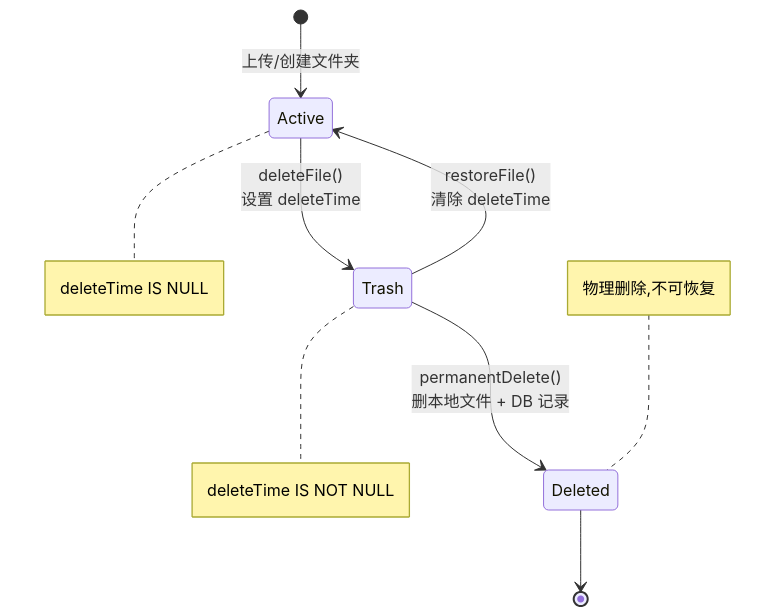
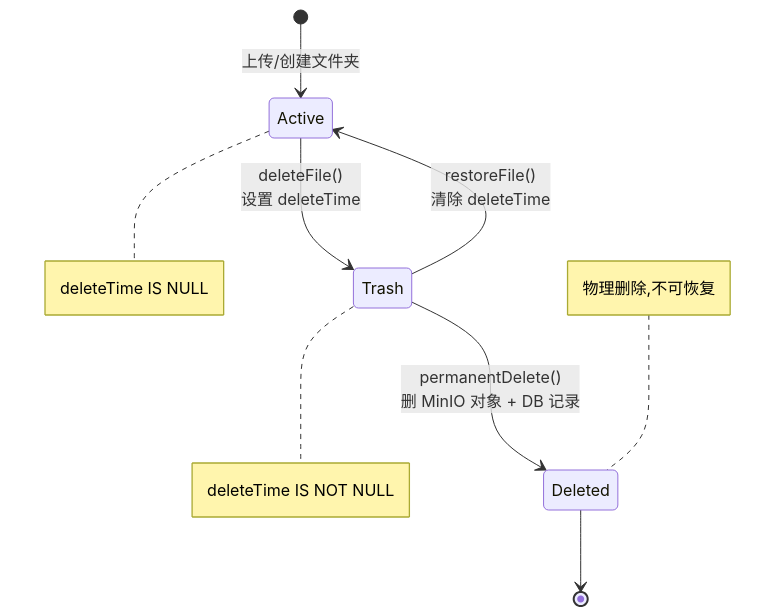
Before and after one commit to AfterMaxQ/AllahPan: the second of 10 diagrams in docs/architecture/04-file-operations.md, drawn with Mermaid. The commit also changed other lines of this file and 24 other files, not shown here.

````diff
--- a/docs/architecture/04-file-operations.md
+++ b/docs/architecture/04-file-operations.md
@@ -23,12 +23,12 @@
 ```mermaid
 stateDiagram-v2
     [*] --> Active: 上传/创建文件夹
     Active --> Trash: deleteFile()<br/>设置 deleteTime
     Trash --> Active: restoreFile()<br/>清除 deleteTime
-    Trash --> Deleted: permanentDelete()<br/>删本地文件 + DB 记录
+    Trash --> Deleted: permanentDelete()<br/>删 MinIO 对象 + DB 记录
     Deleted --> [*]
 
     note right of Active: deleteTime IS NULL
     note right of Trash: deleteTime IS NOT NULL
     note left of Deleted: 物理删除,不可恢复
 ```
````
